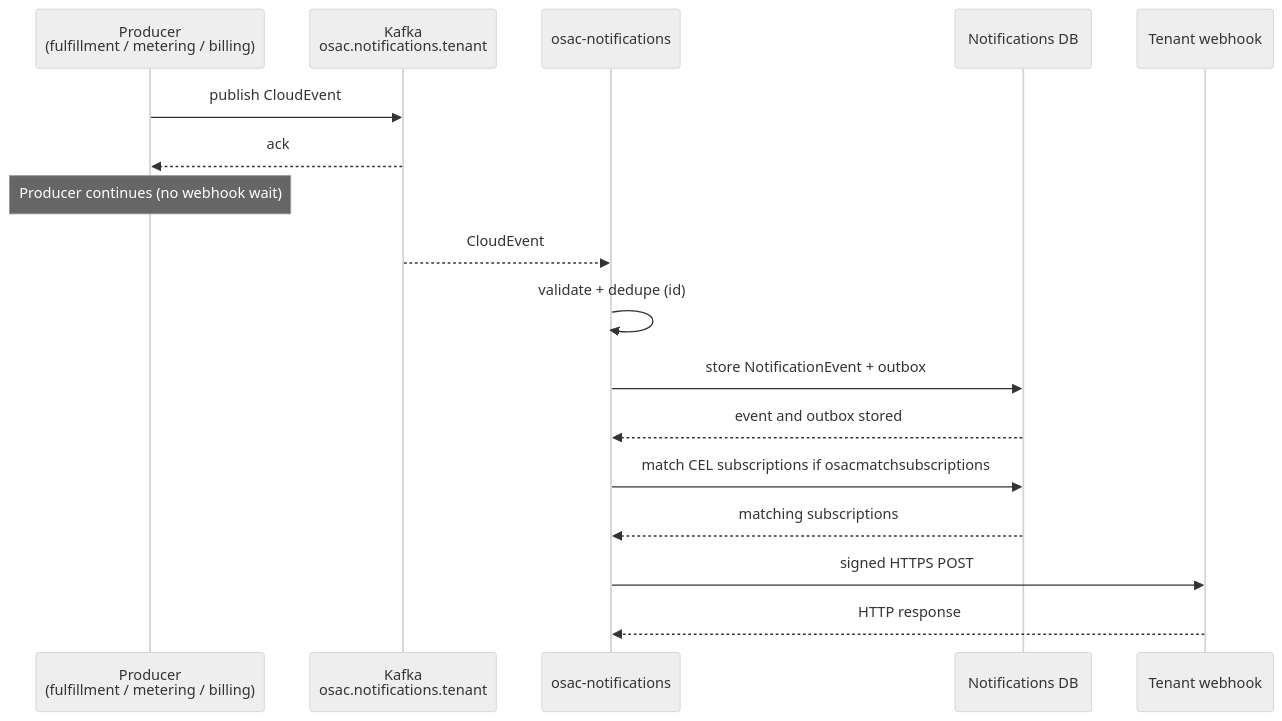
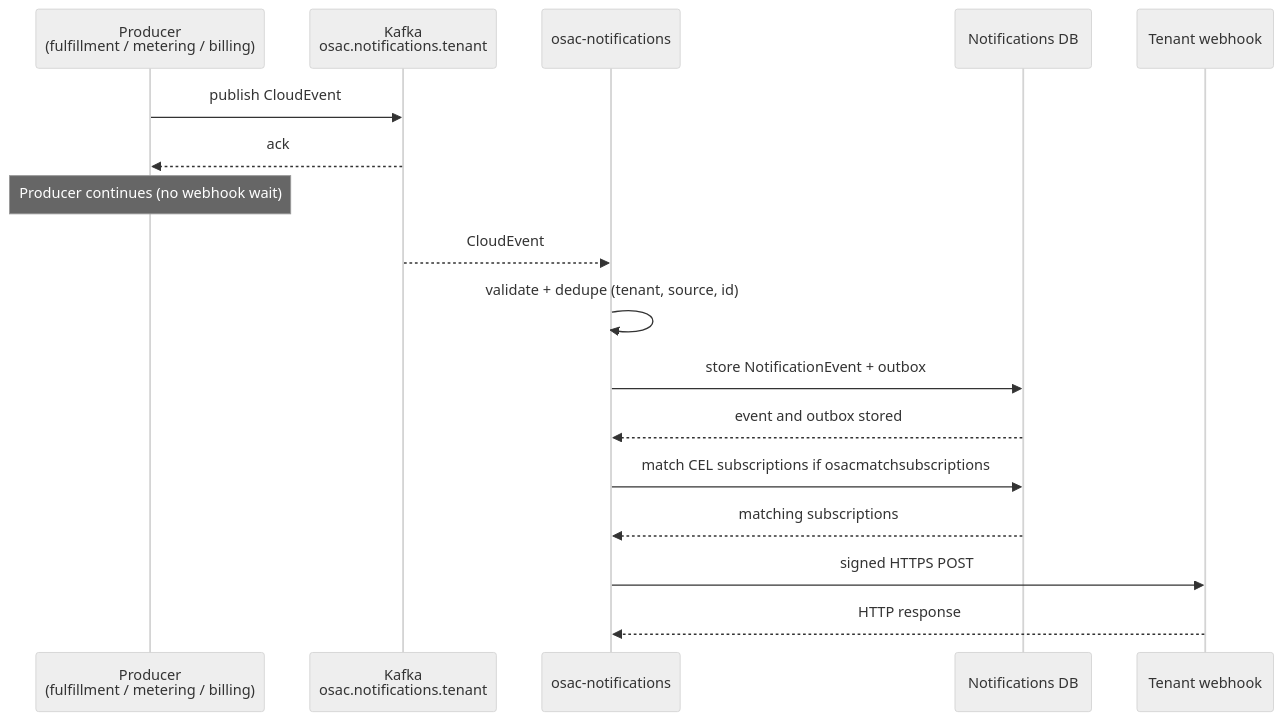
One commit to osac-project/enhancement-proposals changed the third of 3 diagrams in enhancements/OSAC-75-notifications/design.md. Above: the diagram before and after it, drawn with Mermaid (neutral theme). The commit also changed other lines of this file, not shown here.

````diff
--- a/enhancements/OSAC-75-notifications/design.md
+++ b/enhancements/OSAC-75-notifications/design.md
@@ -170,19 +174,19 @@
 ```mermaid
 sequenceDiagram
     participant Prod as Producer <br>(fulfillment / metering / billing)
     participant Kafka as Kafka <br>osac.notifications.tenant
     participant N as osac-notifications
     participant DB as Notifications DB
     participant Hook as Tenant webhook
     Prod ->> Kafka: publish CloudEvent
     Kafka -->> Prod: ack
     Note over Prod: Producer continues (no webhook wait)
     Kafka -->> N: CloudEvent
-    N ->> N: validate + dedupe (id)
+    N ->> N: validate + dedupe (tenant, source, id)
     N ->> DB: store NotificationEvent + outbox
     DB -->> N: event and outbox stored
     N ->> DB: match CEL subscriptions if osacmatchsubscriptions
     DB -->> N: matching subscriptions
     N ->> Hook: signed HTTPS POST
     Hook -->> N: HTTP response
 ```
````
